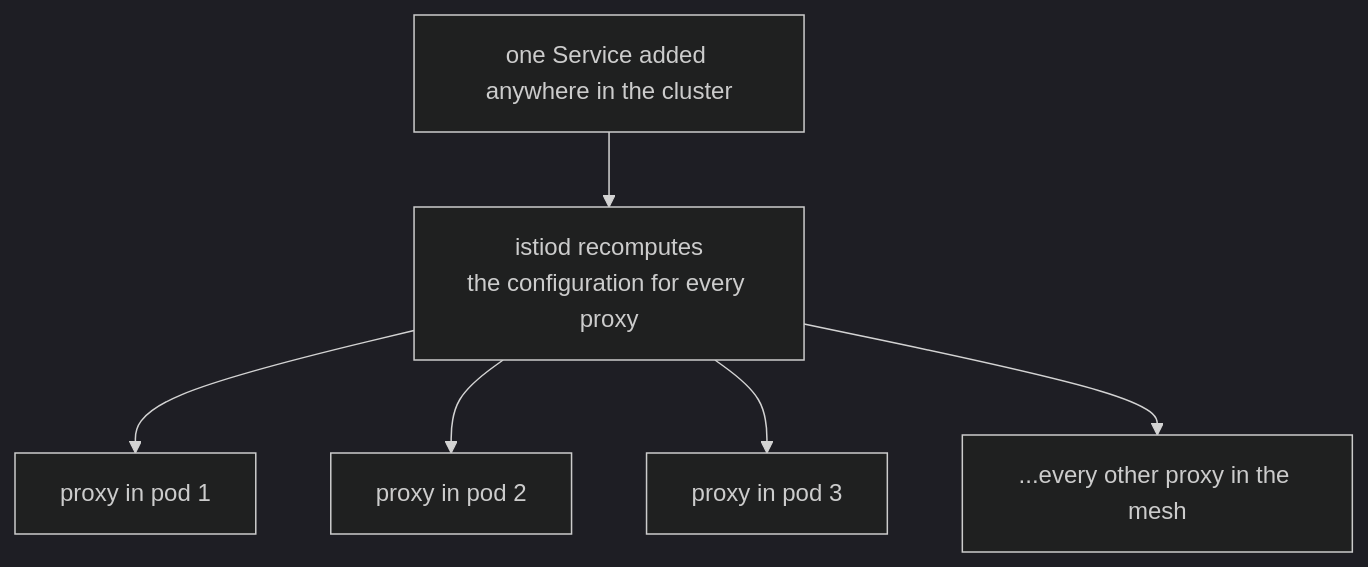
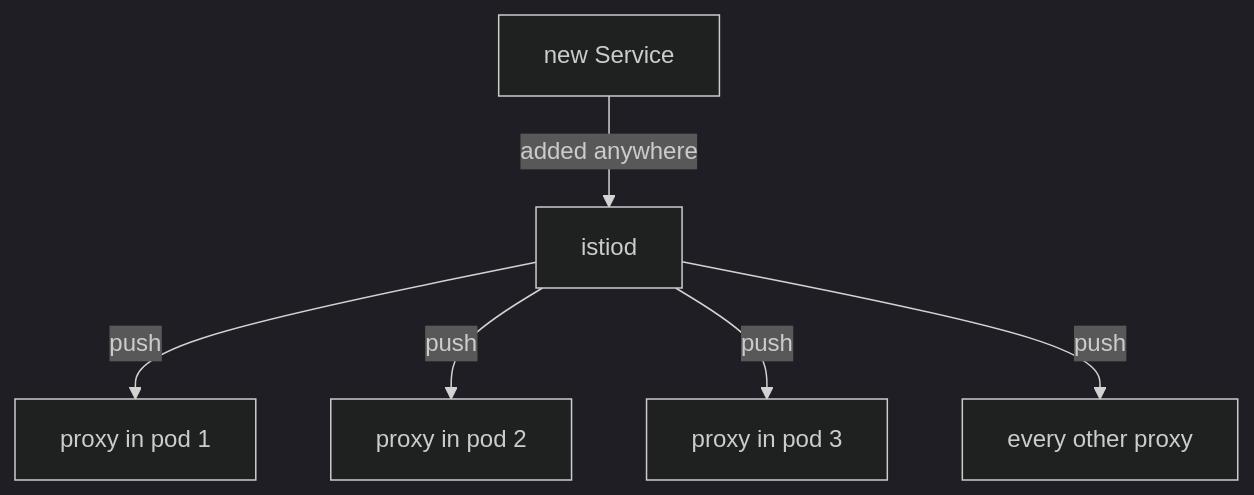
The diagram in sections/section-010/module-02/course-01-what-a-proxy-is-programmed-with.md (astrona-io/ATS014), drawn with Mermaid (dark theme) before and after one commit. The commit also changed other lines of this file and 444 other files, not shown here.

````diff
--- a/sections/section-010/module-02/course-01-what-a-proxy-is-programmed-with.md
+++ b/sections/section-010/module-02/course-01-what-a-proxy-is-programmed-with.md
@@ -34,8 +32,8 @@
 ```mermaid
-flowchart TD
-    C["one Service added anywhere in the cluster"] --> I["istiod recomputes<br/>the configuration for every proxy"]
-    I --> P1["proxy in pod 1"]
-    I --> P2["proxy in pod 2"]
-    I --> P3["proxy in pod 3"]
-    I --> PN["...every other proxy in the mesh"]
+flowchart TB
+    C["new Service"] -->|"added anywhere"| I["istiod"]
+    I -->|"push"| P1["proxy in pod 1"]
+    I -->|"push"| P2["proxy in pod 2"]
+    I -->|"push"| P3["proxy in pod 3"]
+    I -->|"push"| PN["every other proxy"]
 ```
````
